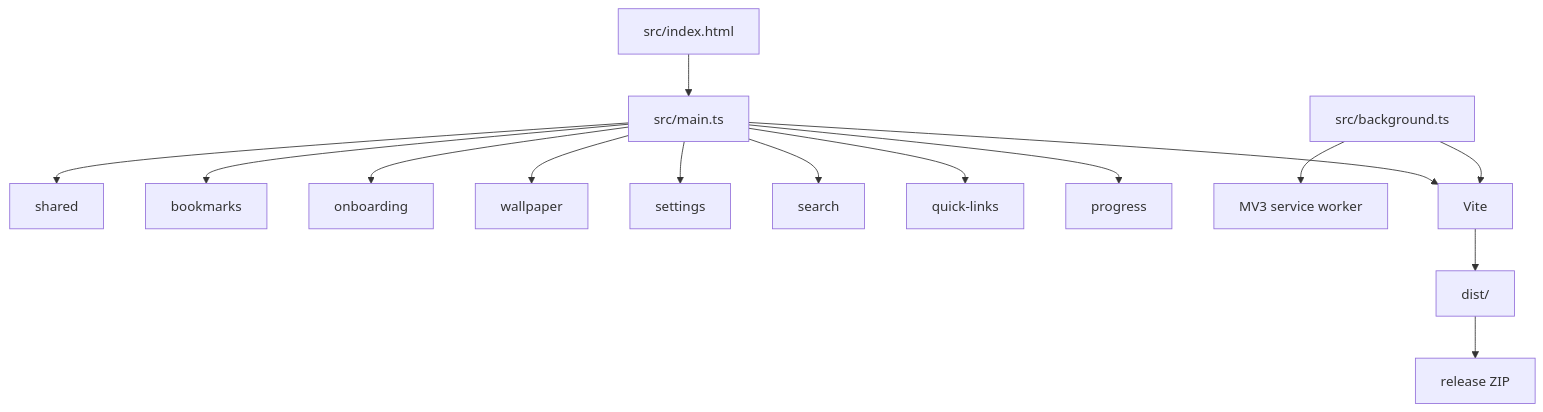
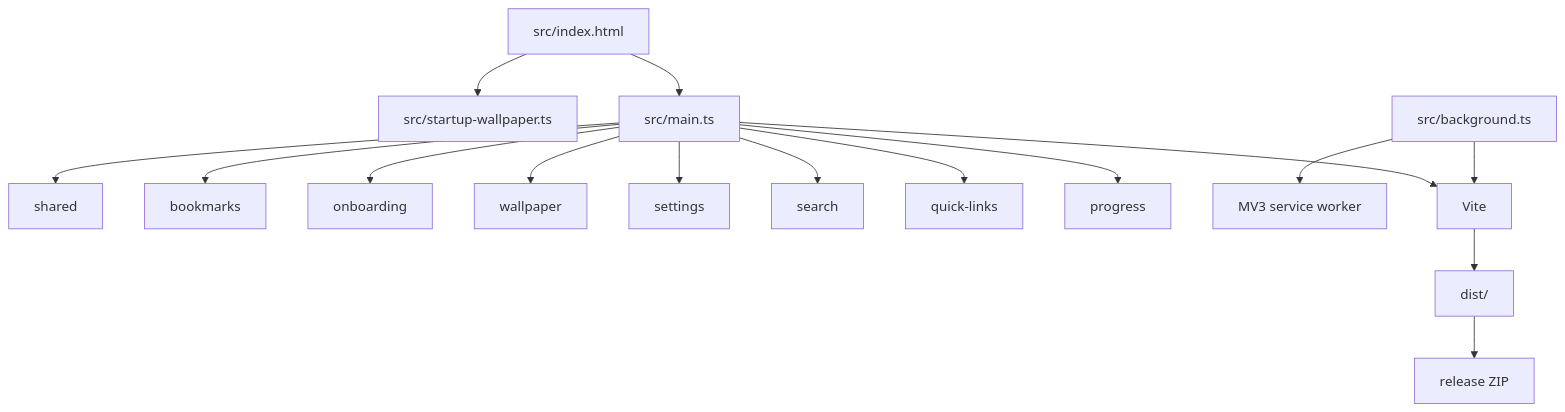
Before and after one commit to liao666brant/MarkStart: the diagram in AGENTS.md, drawn with Mermaid. The commit also changed other lines of this file and 10 other files, not shown here.

````diff
--- a/AGENTS.md
+++ b/AGENTS.md
@@ -9,26 +9,27 @@
 ```mermaid
 flowchart TD
+  HTML[src/index.html] --> STARTUP[src/startup-wallpaper.ts]
   HTML[src/index.html] --> MAIN[src/main.ts]
   MAIN --> SHARED[shared]
   MAIN --> BOOKMARKS[bookmarks]
   MAIN --> ONBOARDING[onboarding]
   MAIN --> WALLPAPER[wallpaper]
   MAIN --> SETTINGS[settings]
   MAIN --> SEARCH[search]
   MAIN --> QUICK[quick-links]
   MAIN --> PROGRESS[progress]
   BG[src/background.ts] --> MV3[MV3 service worker]
   MAIN --> VITE[Vite]
   BG --> VITE
   VITE --> DIST[dist/]
   DIST --> ZIP[release ZIP]
 
   click SHARED "src/shared/AGENTS.md"
   click BOOKMARKS "src/features/bookmarks/AGENTS.md"
   click ONBOARDING "src/features/onboarding/AGENTS.md"
   click WALLPAPER "src/features/wallpaper/AGENTS.md"
   click SETTINGS "src/features/settings/AGENTS.md"
   click SEARCH "src/features/search/AGENTS.md"
   click QUICK "src/features/quick-links/AGENTS.md"
   click PROGRESS "src/features/progress/AGENTS.md"
 ```
````
